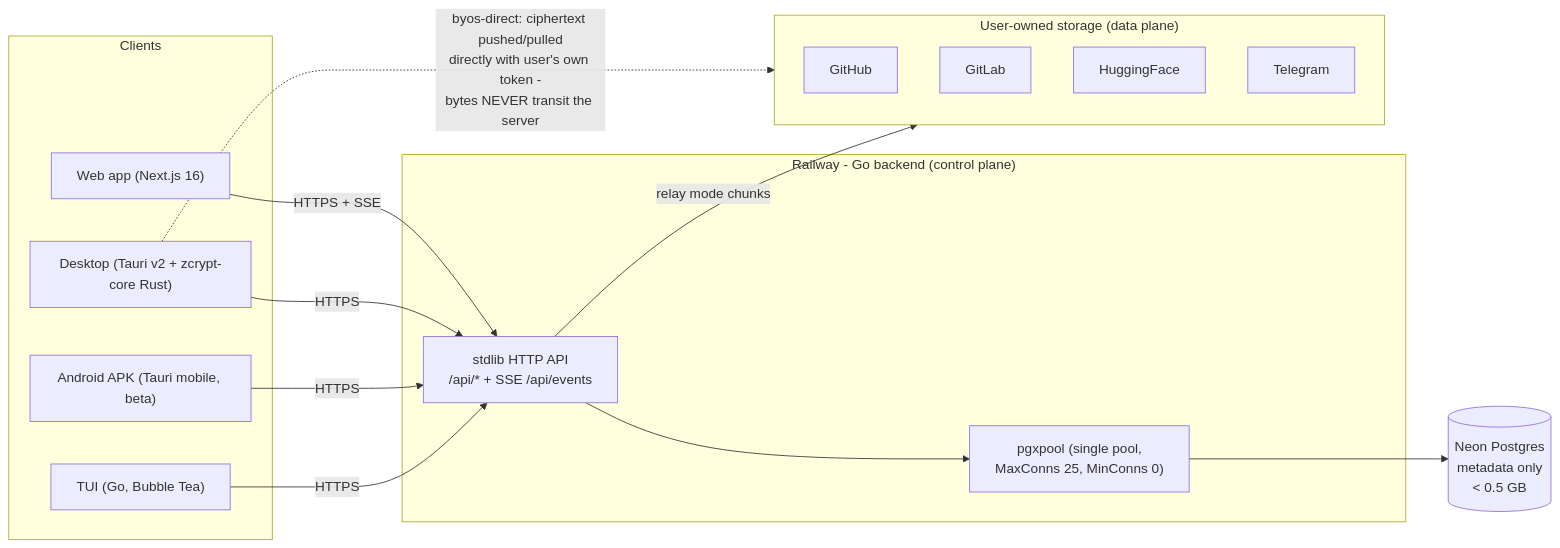
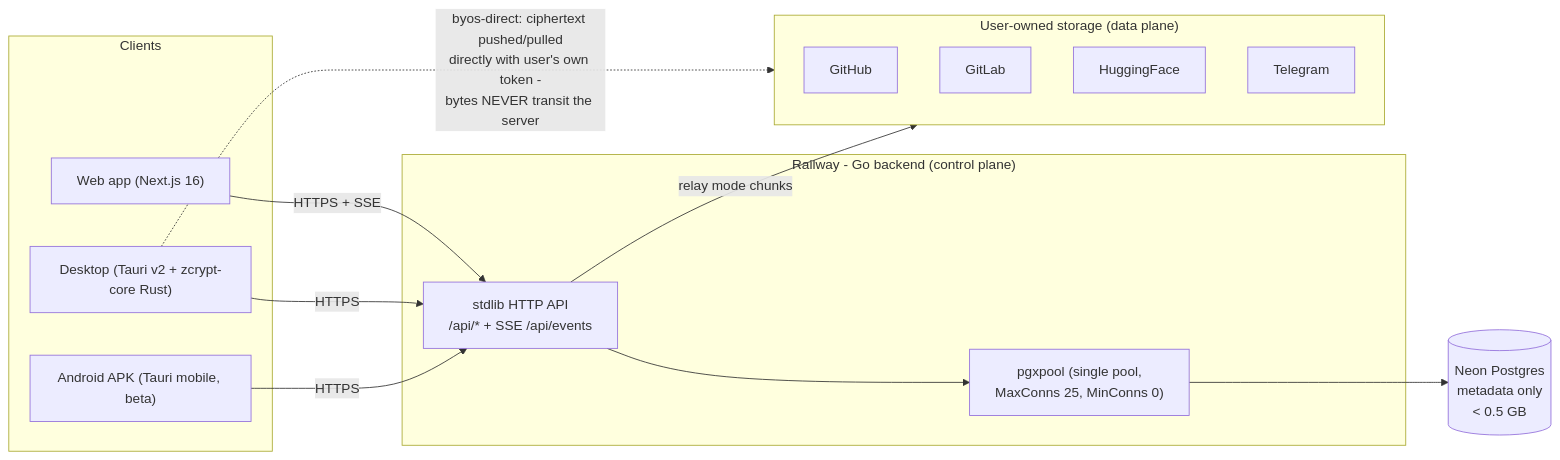
The first of 6 diagrams in docs/DB_SCALING_100_PROJECTS.md (Wosmos/zcrypt), drawn with Mermaid before and after one commit. The commit also changed 123 other files, not shown here.

````diff
--- a/docs/DB_SCALING_100_PROJECTS.md
+++ b/docs/DB_SCALING_100_PROJECTS.md
@@ -62,32 +62,30 @@
 ```mermaid
 flowchart LR
     subgraph Clients
         WEB["Web app (Next.js 16)"]
         DESK["Desktop (Tauri v2 + zcrypt-core Rust)"]
         AND["Android APK (Tauri mobile, beta)"]
-        TUI["TUI (Go, Bubble Tea)"]
     end
 
     subgraph Server["Railway - Go backend (control plane)"]
         API["stdlib HTTP API<br/>/api/* + SSE /api/events"]
         POOL["pgxpool (single pool,<br/>MaxConns 25, MinConns 0)"]
     end
 
     subgraph Storage["User-owned storage (data plane)"]
         GH["GitHub"]
         GL["GitLab"]
         HF["HuggingFace"]
         TG["Telegram"]
     end
 
     NEON[("Neon Postgres<br/>metadata only<br/>< 0.5 GB")]
 
     WEB -->|HTTPS + SSE| API
     DESK -->|HTTPS| API
     AND -->|HTTPS| API
-    TUI -->|HTTPS| API
 
     DESK -.->|"byos-direct: ciphertext pushed/pulled<br/>directly with user's own token -<br/>bytes NEVER transit the server"| Storage
     API -->|relay mode chunks| Storage
     API --> POOL --> NEON
 ```
````
